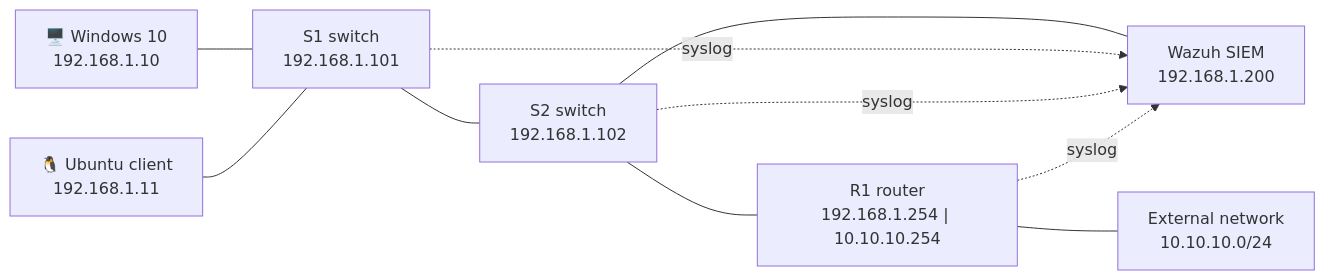
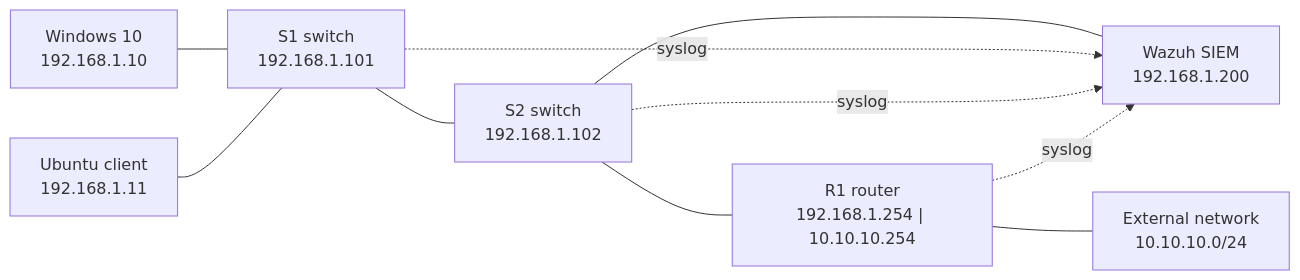
The diagram in README.md (smk7001/wazuhsiem), drawn with Mermaid before and after one commit.

````diff
--- a/README.md
+++ b/README.md
@@ -40,12 +40,12 @@
 ```mermaid
 flowchart LR
-    WIN["🖥️ Windows 10<br/>192.168.1.10"] --- S1
-    UBU["🐧 Ubuntu client<br/>192.168.1.11"] --- S1
+    WIN["Windows 10<br/>192.168.1.10"] --- S1
+    UBU["Ubuntu client<br/>192.168.1.11"] --- S1
     S1["S1 switch<br/>192.168.1.101"] --- S2["S2 switch<br/>192.168.1.102"]
     S2 --- SIEM["Wazuh SIEM<br/>192.168.1.200"]
     S2 --- R1["R1 router<br/>192.168.1.254 | 10.10.10.254"]
     R1 --- EXT["External network<br/>10.10.10.0/24"]
     S1 -. syslog .-> SIEM
     S2 -. syslog .-> SIEM
     R1 -. syslog .-> SIEM
 ```
````
